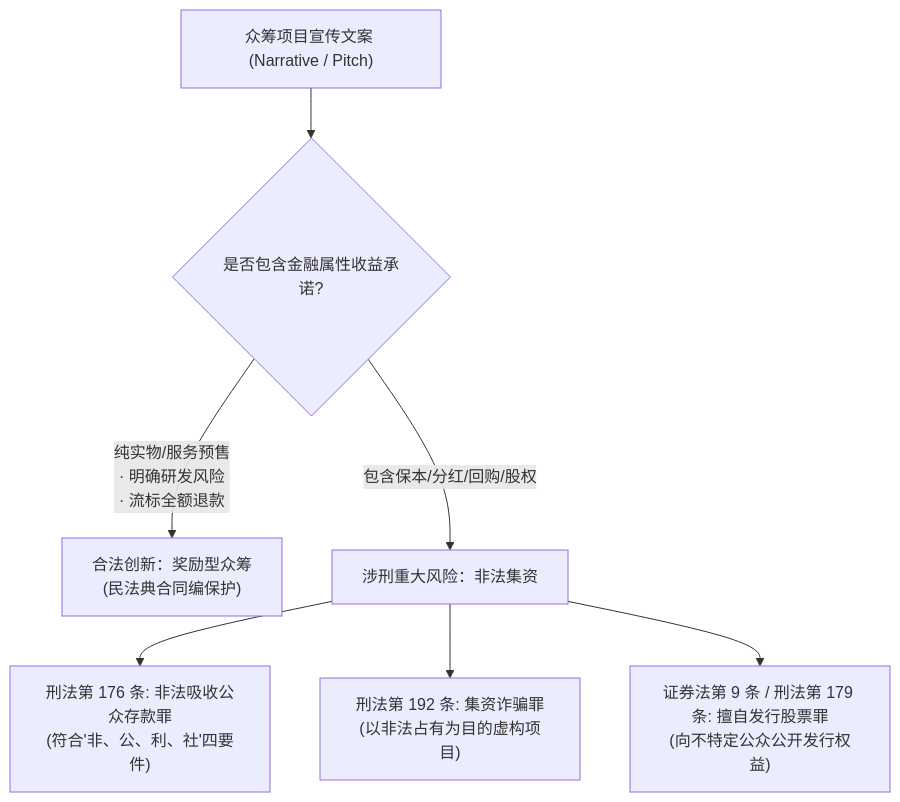
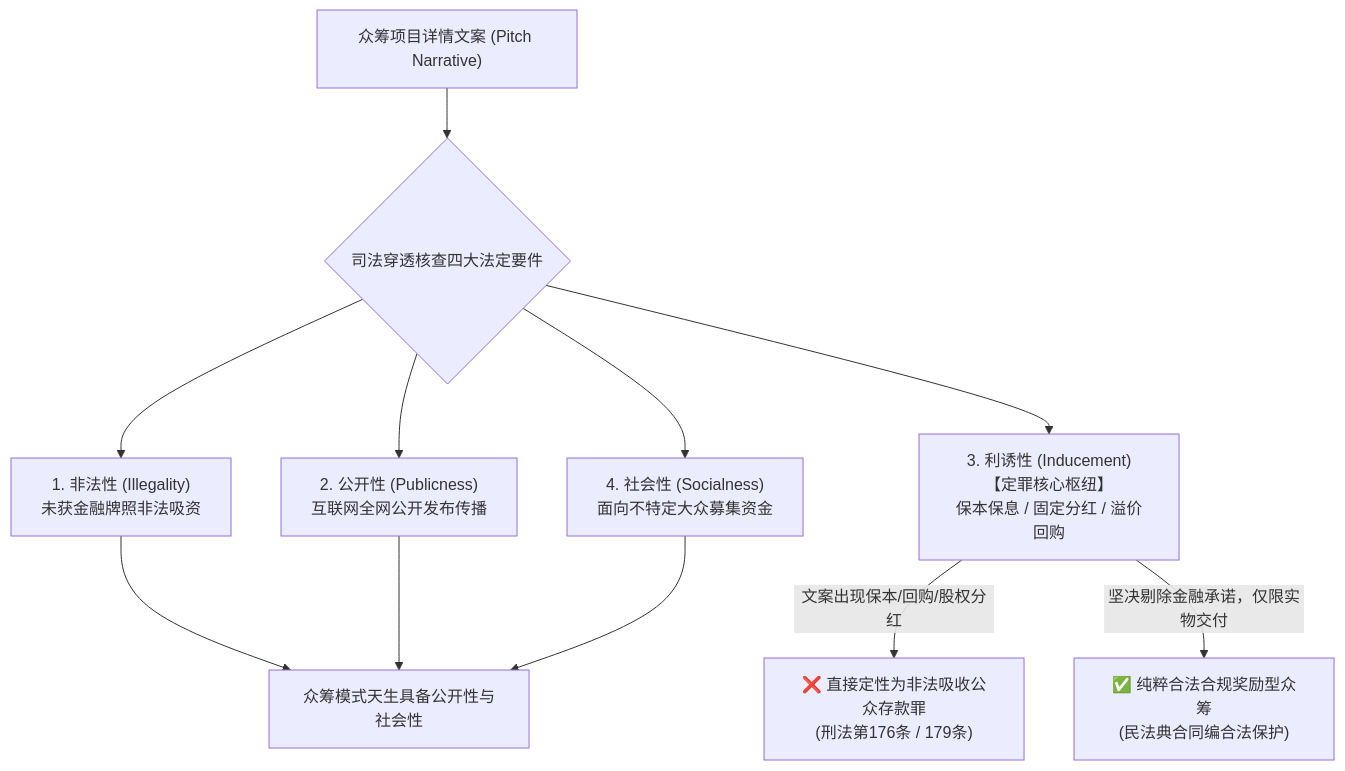
The first of 2 diagrams in projects/08_crowdfunding_compliance/report.md (starprince1234/WWWFinance), drawn with Mermaid before and after one commit. The commit also changed other lines of this file and 45 other files, not shown here.

````diff
--- a/projects/08_crowdfunding_compliance/report.md
+++ b/projects/08_crowdfunding_compliance/report.md
@@ -21,12 +53,13 @@
 ```mermaid
 flowchart TD
-    A["众筹项目宣传文案 (Narrative / Pitch)"] --> B{"是否包含金融属性收益承诺?"}
+    A["众筹项目详情文案 (Pitch Narrative)"] --> B{"司法穿透核查四大法定要件"}
     
-    B -- "纯实物/服务预售<br/>· 明确研发风险<br/>· 流标全额退款" --> C["合法创新：奖励型众筹<br/>(民法典合同编保护)"]
-    
-    B -- "包含保本/分红/回购/股权" --> D["涉刑重大风险：非法集资"]
-    
-    D --> E["刑法第 176 条: 非法吸收公众存款罪<br/>(符合'非、公、利、社'四要件)"]
-    D --> F["刑法第 192 条: 集资诈骗罪<br/>(以非法占有为目的虚构项目)"]
-    D --> G["证券法第 9 条 / 刑法第 179 条: 擅自发行股票罪<br/>(向不特定公众公开发行权益)"]
+    B --> C1["1. 非法性 (Illegality)<br/>未获金融牌照非法吸资"]
+    B --> C2["2. 公开性 (Publicness)<br/>互联网全网公开发布传播"]
+    B --> C3["3. 利诱性 (Inducement)<br/>【定罪核心枢纽】<br/>保本保息 / 固定分红 / 溢价回购"]
+    B --> C4["4. 社会性 (Socialness)<br/>面向不特定大众募集资金"]
+
+    C1 & C2 & C4 --> D["众筹模式天生具备公开性与社会性"]
+    C3 -- "文案出现保本/回购/股权分红" --> E["❌ 直接定性为非法吸收公众存款罪<br/>(刑法第176条 / 179条)"]
+    C3 -- "坚决剔除金融承诺，仅限实物交付" --> F["✅ 纯粹合法合规奖励型众筹<br/>(民法典合同编合法保护)"]
 ```
````
